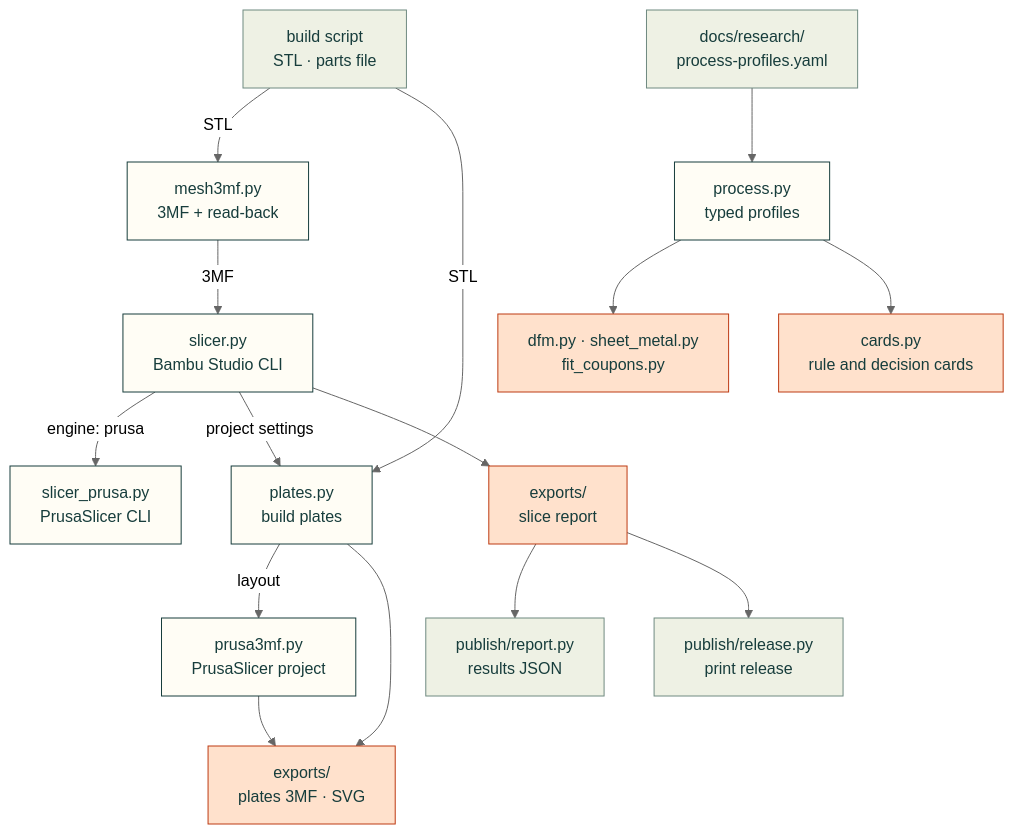
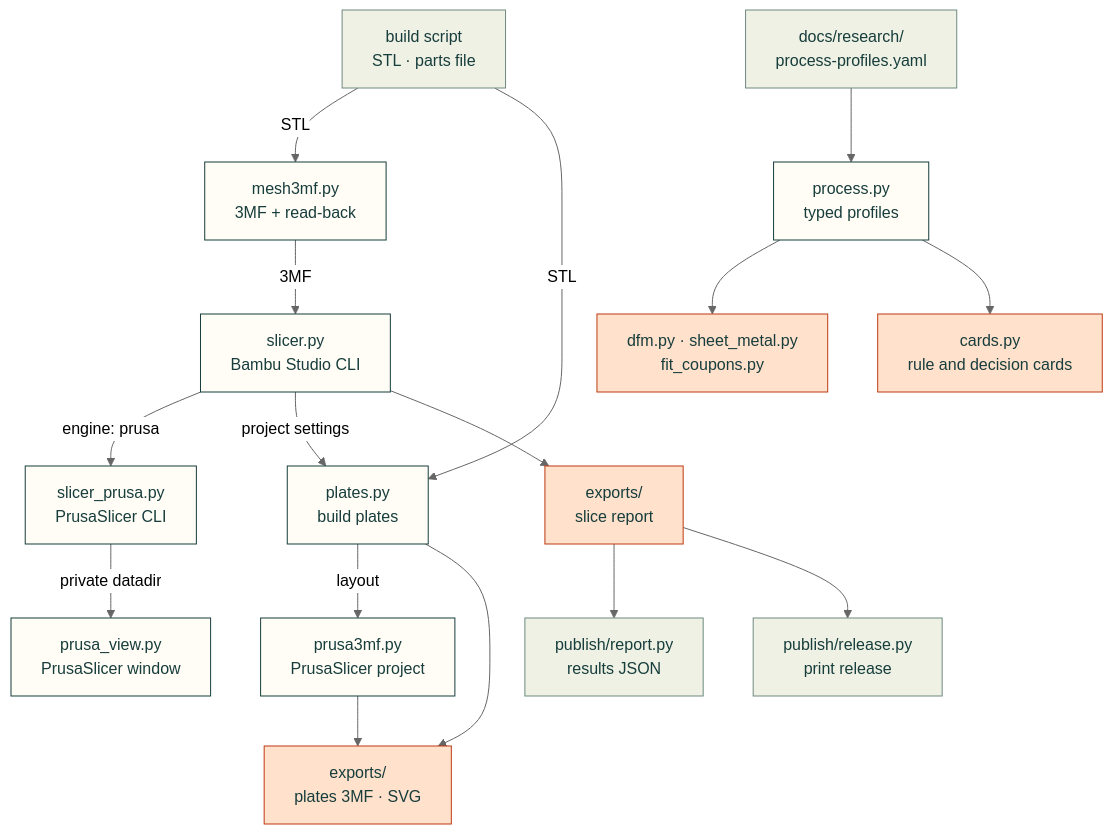
One commit to Valpatel/cad-agent changed the diagram in software/cadagent/manufacturing/README.md. Above: the diagram before and after it, drawn with Mermaid (neutral theme). The commit also changed other lines of this file and 7 other files, not shown here.

First line of the commit message:
cad-agent prusa-view: open a model in PrusaSlicer's window with a private profile folder (#252)

````diff
--- a/software/cadagent/manufacturing/README.md
+++ b/software/cadagent/manufacturing/README.md
@@ -16,23 +17,24 @@
 ```mermaid
 flowchart TD
     B["build script<br/>STL · parts file"] -->|"STL"| M3["mesh3mf.py<br/>3MF + read-back"]
     M3 -->|"3MF"| SL["slicer.py<br/>Bambu Studio CLI"]
     SL -->|"engine: prusa"| SP["slicer_prusa.py<br/>PrusaSlicer CLI"]
+    SP -->|"private datadir"| PV["prusa_view.py<br/>PrusaSlicer window"]
     B -->|"STL"| PL["plates.py<br/>build plates"]
     SL -->|"project settings"| PL
     PL -->|"layout"| P3["prusa3mf.py<br/>PrusaSlicer project"]
     P3 --> PF
     PL --> PF["exports/<br/>plates 3MF · SVG"]
     SL --> SR["exports/<br/>slice report"]
     SR --> R["publish/report.py<br/>results JSON"]
     SR --> REL["publish/release.py<br/>print release"]
     Y["docs/research/<br/>process-profiles.yaml"] --> PR["process.py<br/>typed profiles"]
     PR --> DF["dfm.py · sheet_metal.py<br/>fit_coupons.py"]
     PR --> CA["cards.py<br/>rule and decision cards"]
     classDef here fill:#fffdf5,stroke:#173d3c,color:#173d3c
     classDef near fill:#eef1e4,stroke:#6f8a80,color:#173d3c
     classDef out fill:#ffe1cc,stroke:#bd3a12,color:#173d3c
-    class M3,SL,SP,PL,P3,PR here
+    class M3,SL,SP,PV,PL,P3,PR here
     class B,R,REL,Y near
     class SR,PF,DF,CA out
 ```
````
